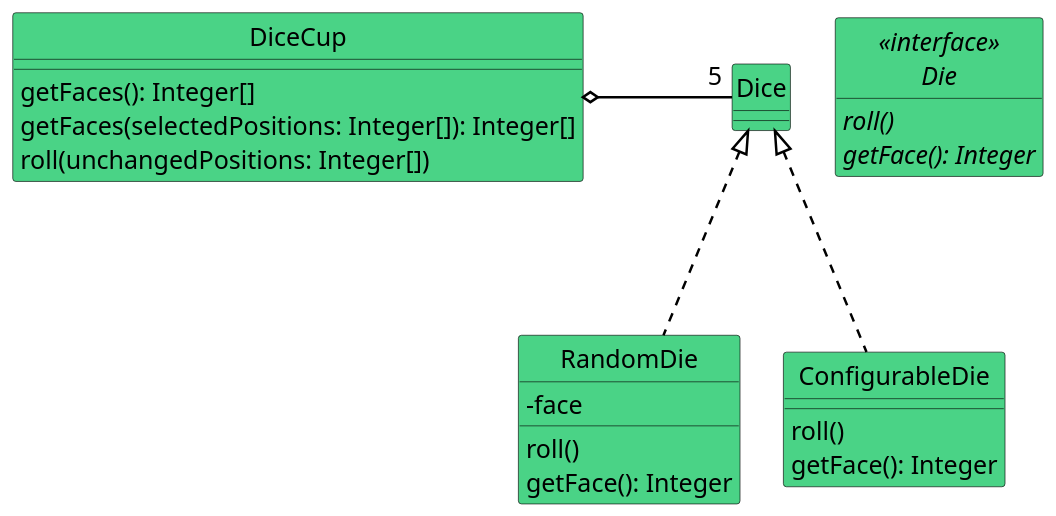
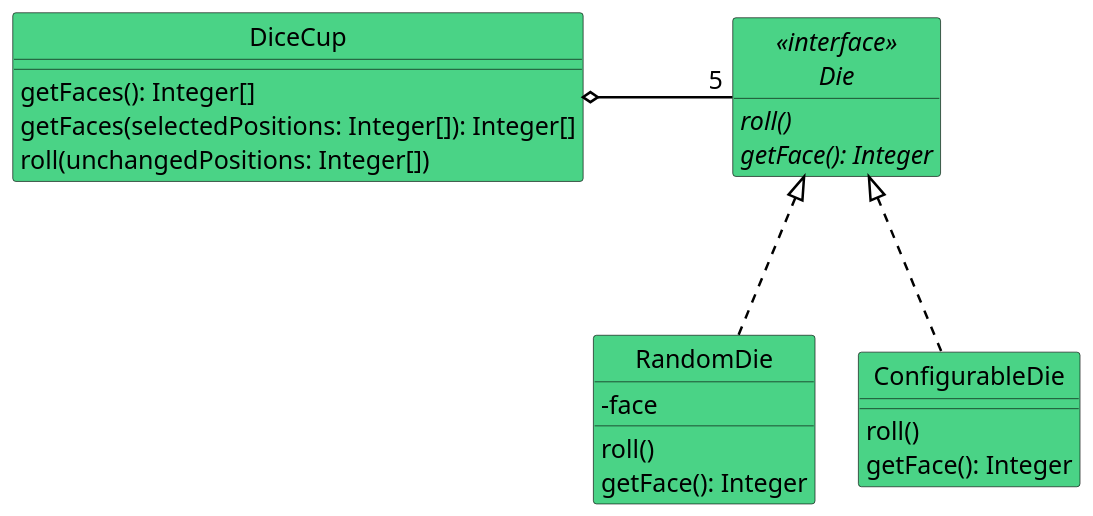
One commit to uhafner/java2-assignment4 changed the third of 3 diagrams in src/main/asciidoc/assignment.adoc. Above: the diagram before and after it, drawn with PlantUML.

Commit message:
Fix another typo.

```diff
--- a/src/main/asciidoc/assignment.adoc
+++ b/src/main/asciidoc/assignment.adoc
@@ -346,53 +346,53 @@
 [plantuml]
 ----
 @startuml
 
 skinparam class {
   BackgroundColor #4AD386
   BorderColor #a0a0a0
   BackgroundColor<<Main>> gold
   BorderColor black
   ArrowColor black
   FontName  Arial Unicode MS
   FontSize 20
 }
 
 skinparam classFontSize 24
 skinparam classAttributeIconSize 0
 skinparam defaultFontSize 20
 
 skinparam ArrowColor black
 skinparam ArrowThickness 2
 
 hide circle
 
 interface Die <<interface>>  {
     {abstract} roll()
     {abstract} getFace(): Integer
 }
 
 hide Die fields
 
 class RandomDie {
     -face
     roll()
     getFace(): Integer
 }
 
 class ConfigurableDie {
     roll()
     getFace(): Integer
 }
 
 class DiceCup {
     getFaces(): Integer[]
     getFaces(selectedPositions: Integer[]): Integer[]
     roll(unchangedPositions: Integer[])
 }
 
-Dice <|... RandomDie
-Dice <|... ConfigurableDie
-DiceCup o- "5" Dice :\t\t
+Die <|... RandomDie
+Die <|... ConfigurableDie
+DiceCup o- "5" Die :\t\t
 
 @enduml
 ----
```
